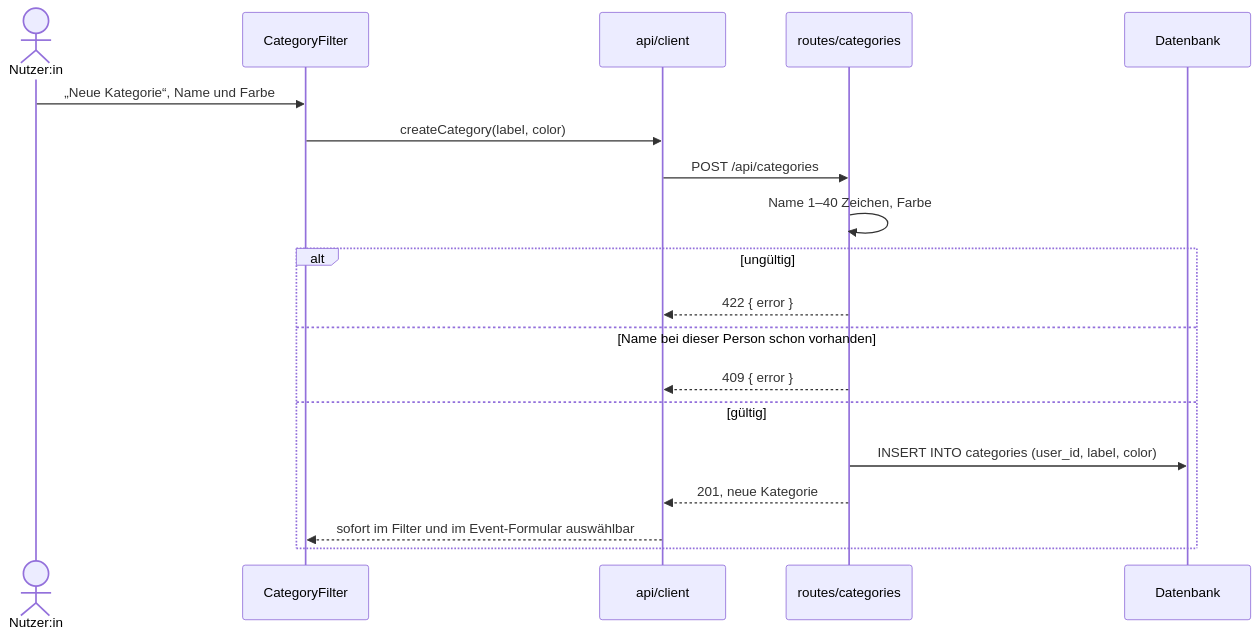
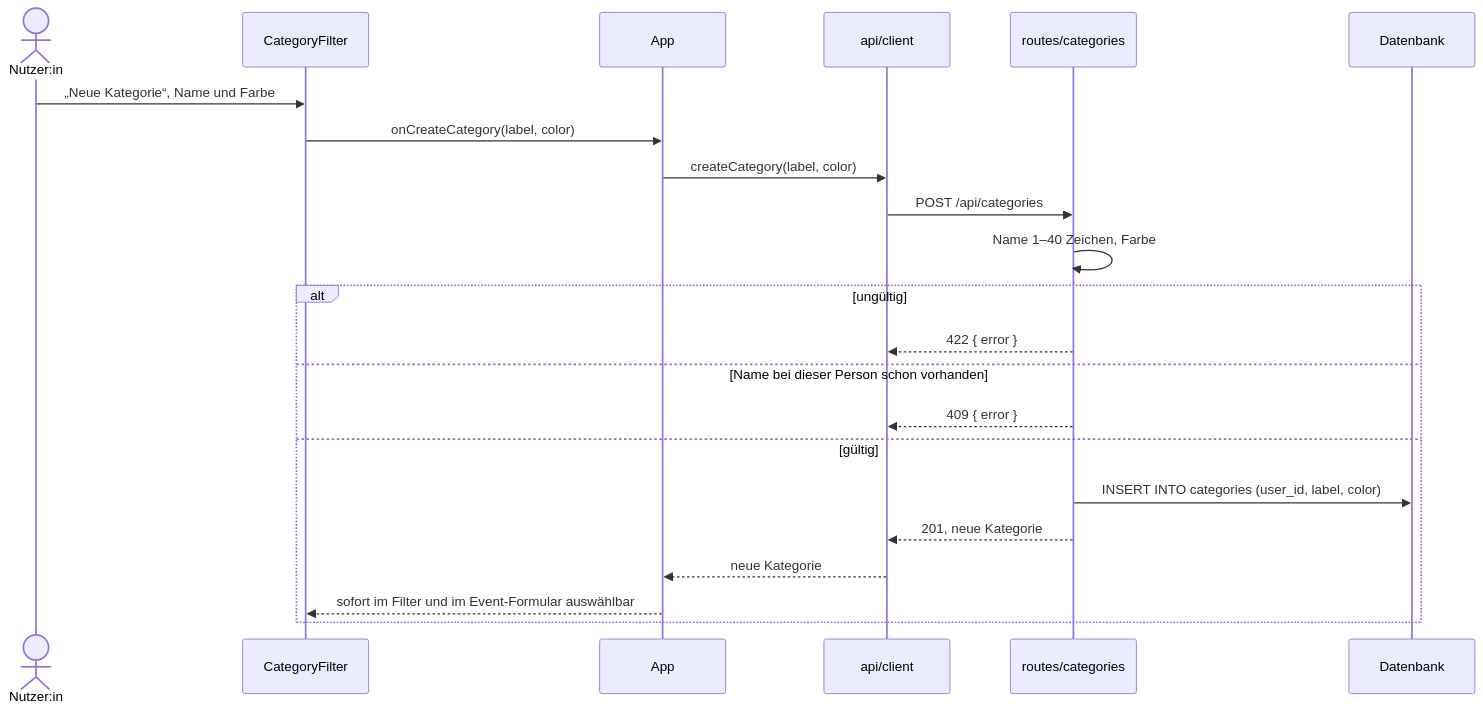
Before and after one commit to ksukh-ux/lifeline-project: the fifth of 6 diagrams in docs/arch/A06-Laufzeitansicht.md, drawn with Mermaid. The commit also changed other lines of this file and 5 other files, not shown here.

First line of the commit message:
docs: align sequence diagrams and use cases with the code

````diff
--- a/docs/arch/A06-Laufzeitansicht.md
+++ b/docs/arch/A06-Laufzeitansicht.md
@@ -177,22 +184,25 @@
 ```mermaid
 sequenceDiagram
     actor N as Nutzer:in
     participant CF as CategoryFilter
+    participant App as App
     participant AC as api/client
     participant R as routes/categories
     participant DB as Datenbank
 
     N->>CF: „Neue Kategorie“, Name und Farbe
-    CF->>AC: createCategory(label, color)
+    CF->>App: onCreateCategory(label, color)
+    App->>AC: createCategory(label, color)
     AC->>R: POST /api/categories
     R->>R: Name 1–40 Zeichen, Farbe #RRGGBB?
     alt ungültig
         R-->>AC: 422 { error }
     else Name bei dieser Person schon vorhanden
         R-->>AC: 409 { error }
     else gültig
         R->>DB: INSERT INTO categories (user_id, label, color)
         R-->>AC: 201, neue Kategorie
-        AC-->>CF: sofort im Filter und im Event-Formular auswählbar
+        AC-->>App: neue Kategorie
+        App-->>CF: sofort im Filter und im Event-Formular auswählbar
     end
 ```
````
